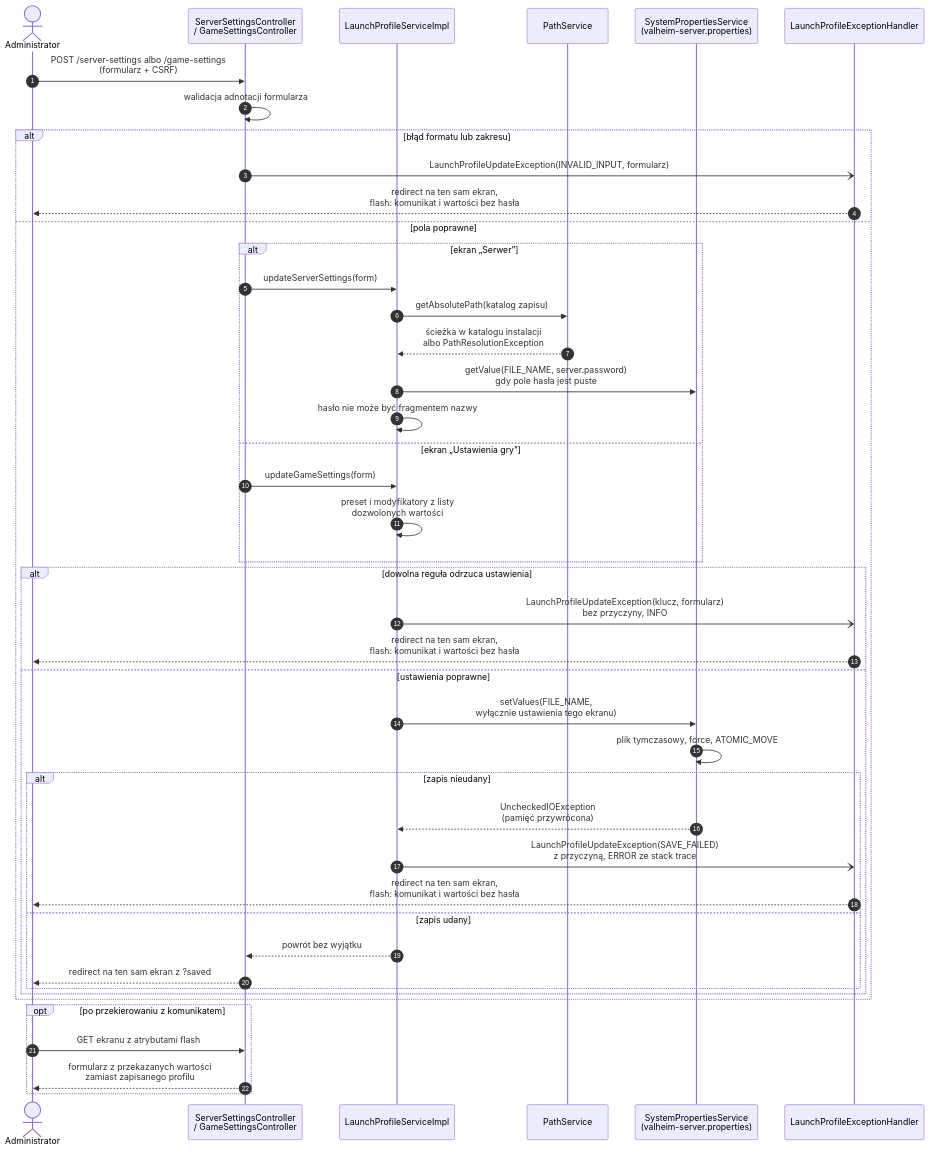
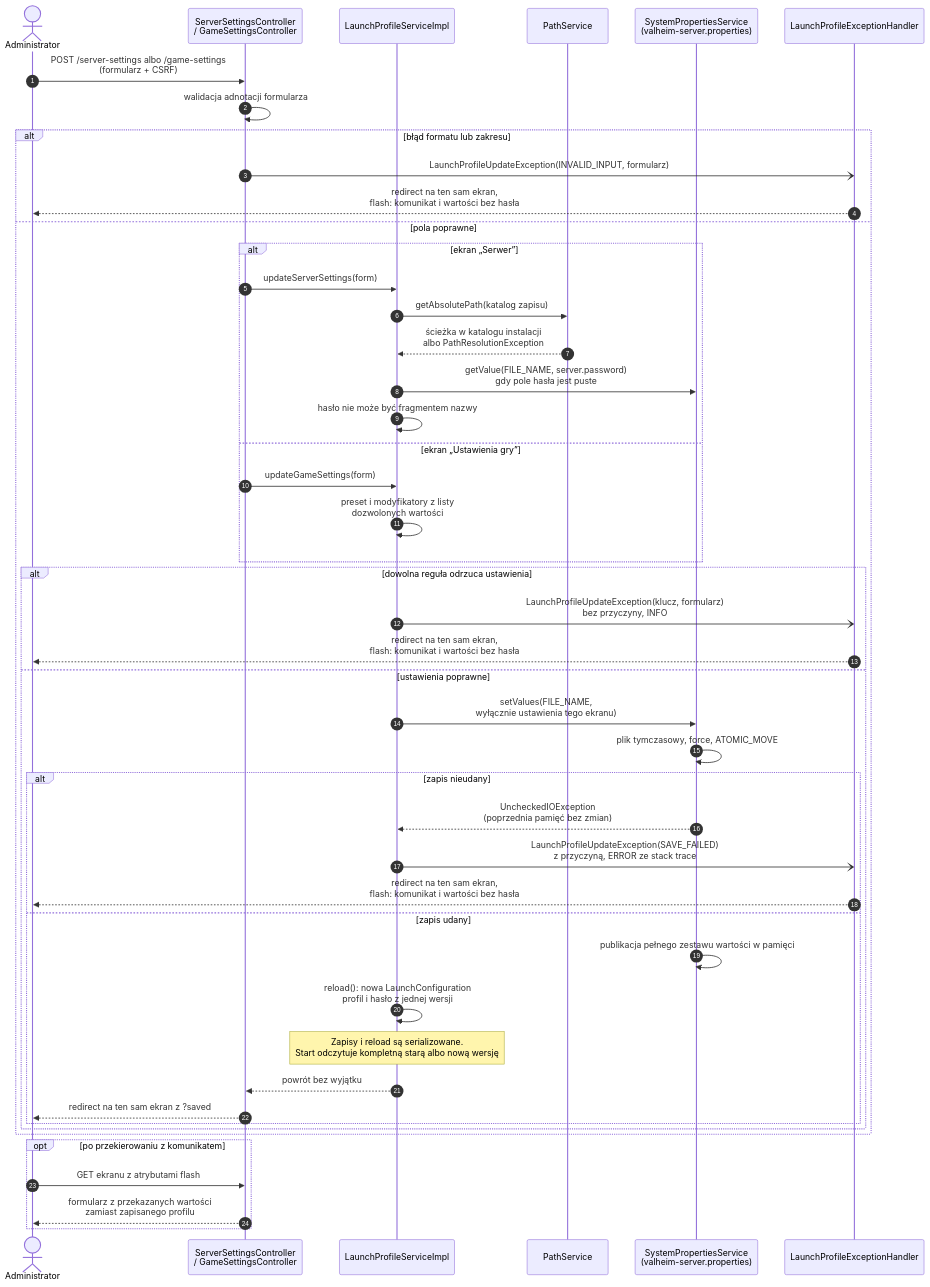
Before and after one commit to Pplociennik/vDeck: the diagram in dokumentacja/diagramy/launch/przeplyw-zapis-profilu.mmd, drawn with Mermaid. The commit also changed 79 other files, not shown here.

```diff
--- a/dokumentacja/diagramy/launch/przeplyw-zapis-profilu.mmd
+++ b/dokumentacja/diagramy/launch/przeplyw-zapis-profilu.mmd
@@ -1,46 +1,49 @@
 %% Diagram sekwencji: zapis profilu uruchomieniowego z ekranów „Serwer” i „Ustawienia gry”
 sequenceDiagram
     autonumber
     actor A as Administrator
     participant C as ServerSettingsController<br/>/ GameSettingsController
     participant S as LaunchProfileServiceImpl
     participant P as PathService
     participant F as SystemPropertiesService<br/>(valheim-server.properties)
     participant H as LaunchProfileExceptionHandler
 
     A->>C: POST /server-settings albo /game-settings<br/>(formularz + CSRF)
     C->>C: walidacja adnotacji formularza
     alt błąd formatu lub zakresu
         C-)H: LaunchProfileUpdateException(INVALID_INPUT, formularz)
         H-->>A: redirect na ten sam ekran,<br/>flash: komunikat i wartości bez hasła
     else pola poprawne
         alt ekran „Serwer”
             C->>S: updateServerSettings(form)
             S->>P: getAbsolutePath(katalog zapisu)
             P-->>S: ścieżka w katalogu instalacji<br/>albo PathResolutionException
             S->>F: getValue(FILE_NAME, server.password)<br/>gdy pole hasła jest puste
             S->>S: hasło nie może być fragmentem nazwy
         else ekran „Ustawienia gry”
             C->>S: updateGameSettings(form)
             S->>S: preset i modyfikatory z listy<br/>dozwolonych wartości
         end
         alt dowolna reguła odrzuca ustawienia
             S-)H: LaunchProfileUpdateException(klucz, formularz)<br/>bez przyczyny, INFO
             H-->>A: redirect na ten sam ekran,<br/>flash: komunikat i wartości bez hasła
         else ustawienia poprawne
             S->>F: setValues(FILE_NAME,<br/>wyłącznie ustawienia tego ekranu)
             F->>F: plik tymczasowy, force, ATOMIC_MOVE
             alt zapis nieudany
-                F-->>S: UncheckedIOException<br/>(pamięć przywrócona)
+                F-->>S: UncheckedIOException<br/>(poprzednia pamięć bez zmian)
                 S-)H: LaunchProfileUpdateException(SAVE_FAILED)<br/>z przyczyną, ERROR ze stack trace
                 H-->>A: redirect na ten sam ekran,<br/>flash: komunikat i wartości bez hasła
             else zapis udany
+                F->>F: publikacja pełnego zestawu wartości w pamięci
+                S->>S: reload(): nowa LaunchConfiguration<br/>profil i hasło z jednej wersji
+                Note over S: Zapisy i reload są serializowane.<br/>Start odczytuje kompletną starą albo nową wersję
                 S-->>C: powrót bez wyjątku
                 C-->>A: redirect na ten sam ekran z ?saved
             end
         end
     end
     opt po przekierowaniu z komunikatem
         A->>C: GET ekranu z atrybutami flash
         C-->>A: formularz z przekazanych wartości<br/>zamiast zapisanego profilu
     end
```
